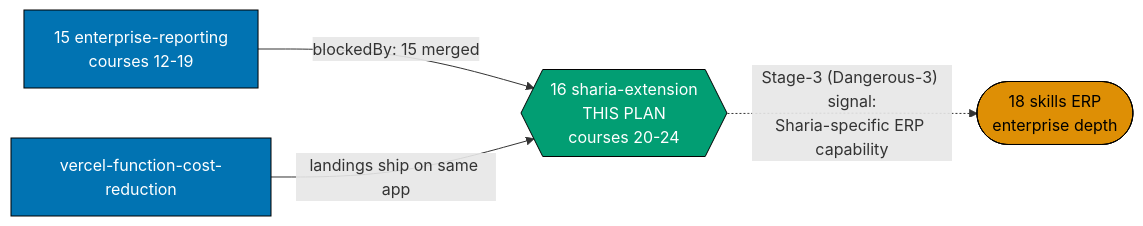
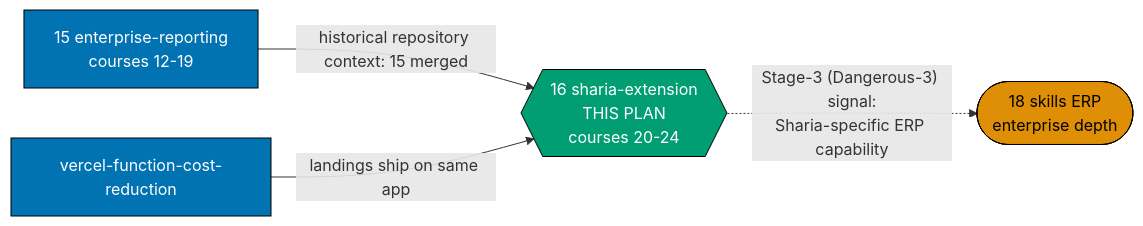
One commit to wahidyankf/open-sharia-fintech changed the first of 2 diagrams in plans/backlog/ayokoding-learning-path-16-skills-accounting-sharia-extension/README.md. Above: the diagram before and after it, drawn with Mermaid. The commit also changed other lines of this file and 70 other files, not shown here.

````diff
--- a/plans/backlog/ayokoding-learning-path-16-skills-accounting-sharia-extension/README.md
+++ b/plans/backlog/ayokoding-learning-path-16-skills-accounting-sharia-extension/README.md
@@ -126,16 +126,16 @@
 ```mermaid
 %% Dependency position of plan 16 in the three-plan accounting-split chain.
 flowchart LR
     P15["15 enterprise-reporting<br/>courses 12-19"]:::up
     PV["vercel-function-cost-reduction"]:::up
     P16{{"16 sharia-extension<br/>THIS PLAN<br/>courses 20-24"}}:::mine
     P18(["18 skills ERP<br/>enterprise depth"]):::down
 
-    P15 -->|"blockedBy: 15 merged"| P16
+    P15 -->|"historical repository context: 15 merged"| P16
     PV -->|"landings ship on same app"| P16
     P16 -.->|"Stage-3 (Dangerous-3) signal:<br/>Sharia-specific ERP capability"| P18
 
     classDef up fill:#0173B2,stroke:#000000,color:#FFFFFF
     classDef mine fill:#029E73,stroke:#000000,color:#FFFFFF
     classDef down fill:#DE8F05,stroke:#000000,color:#000000
 ```
````
